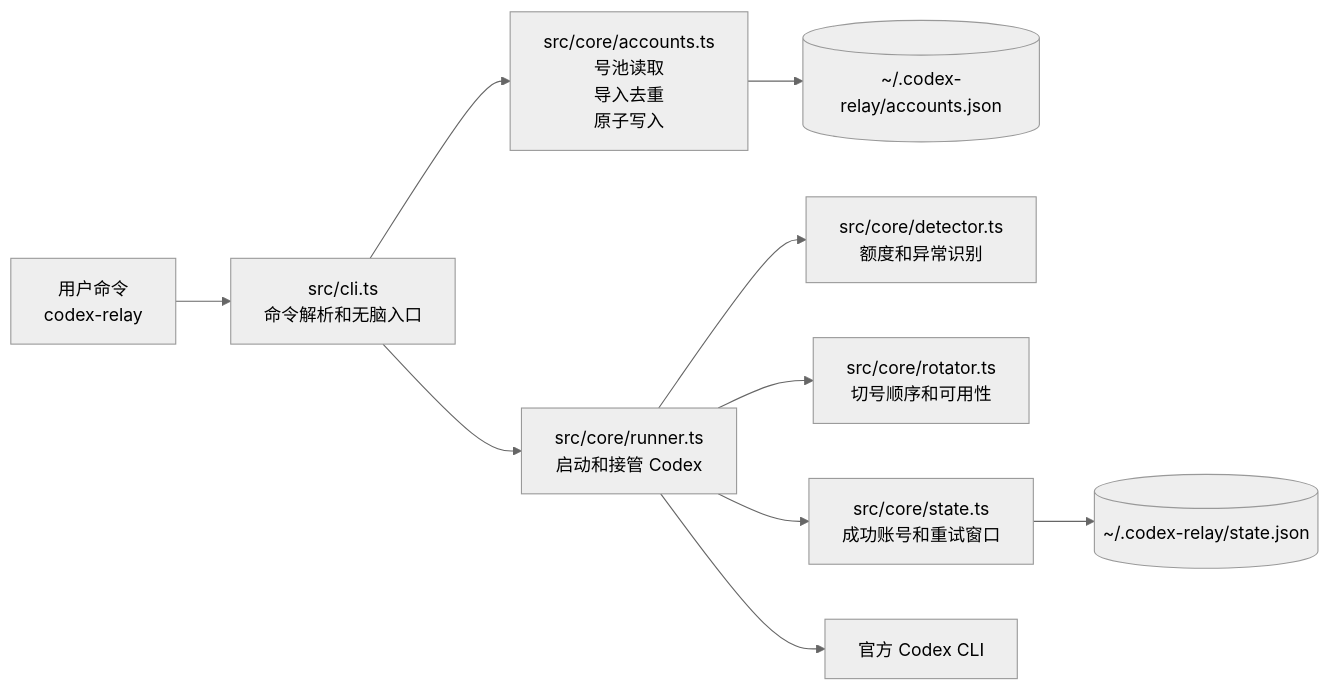
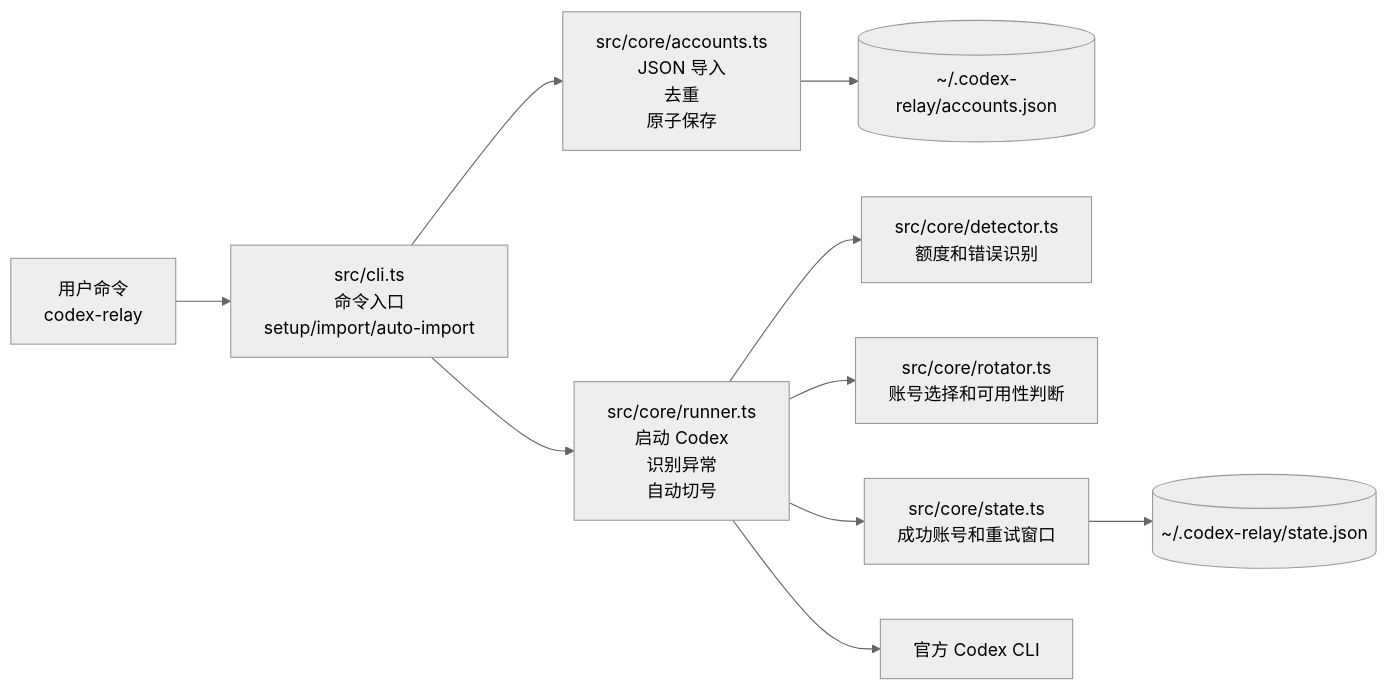
Before and after one commit to Albert-PZY/codex-relay: the first of 3 diagrams in ARCHITECTURE.md, drawn with Mermaid (neutral theme). The commit also changed other lines of this file and 6 other files, not shown here.

Commit message:
docs: refresh json import and release guides

````diff
--- a/ARCHITECTURE.md
+++ b/ARCHITECTURE.md
@@ -30,12 +42,12 @@
 ```mermaid
 flowchart LR
-  User[用户命令<br>codex-relay] --> CLI[src/cli.ts<br>命令解析和无脑入口]
-  CLI --> ACC[src/core/accounts.ts<br>号池读取<br>导入去重<br>原子写入]
-  CLI --> RUN[src/core/runner.ts<br>启动和接管 Codex]
-  RUN --> DET[src/core/detector.ts<br>额度和异常识别]
-  RUN --> ROT[src/core/rotator.ts<br>切号顺序和可用性]
+  User[用户命令<br>codex-relay] --> CLI[src/cli.ts<br>命令入口<br>setup/import/auto-import]
+  CLI --> ACC[src/core/accounts.ts<br>JSON 导入<br>去重<br>原子保存]
+  CLI --> RUN[src/core/runner.ts<br>启动 Codex<br>识别异常<br>自动切号]
+  RUN --> DET[src/core/detector.ts<br>额度和错误识别]
+  RUN --> ROT[src/core/rotator.ts<br>账号选择和可用性判断]
   RUN --> STA[src/core/state.ts<br>成功账号和重试窗口]
   ACC --> AJSON[(~/.codex-relay/accounts.json)]
   STA --> SJSON[(~/.codex-relay/state.json)]
   RUN --> CODEX[官方 Codex CLI]
 ```
````
